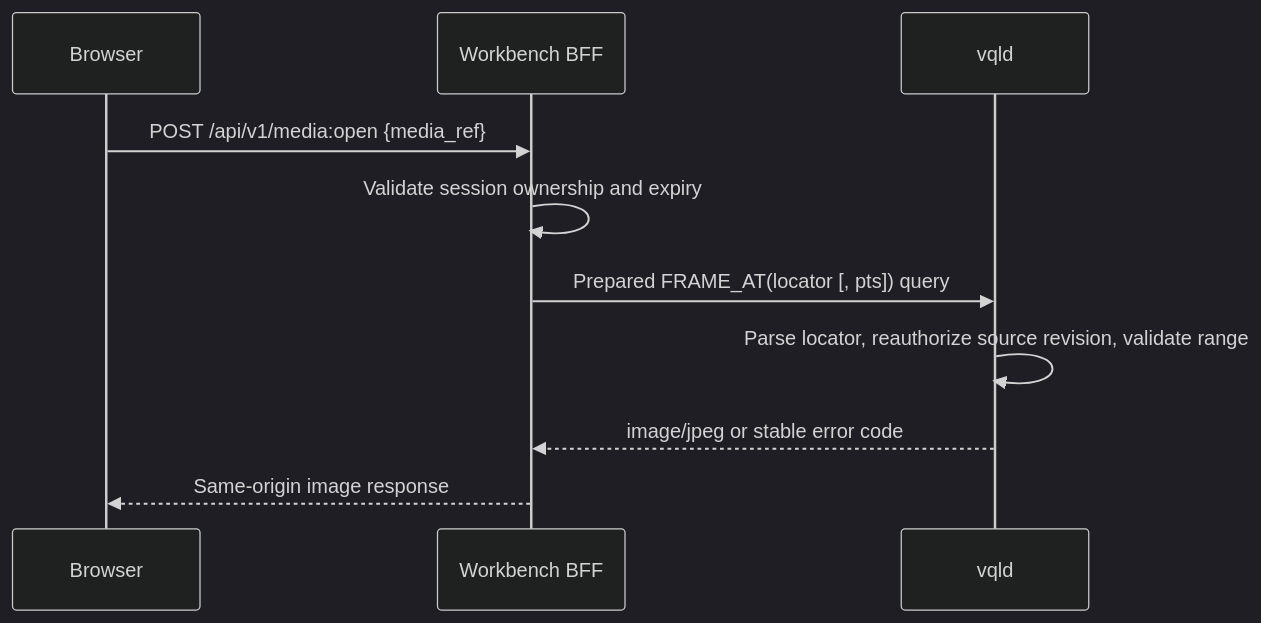
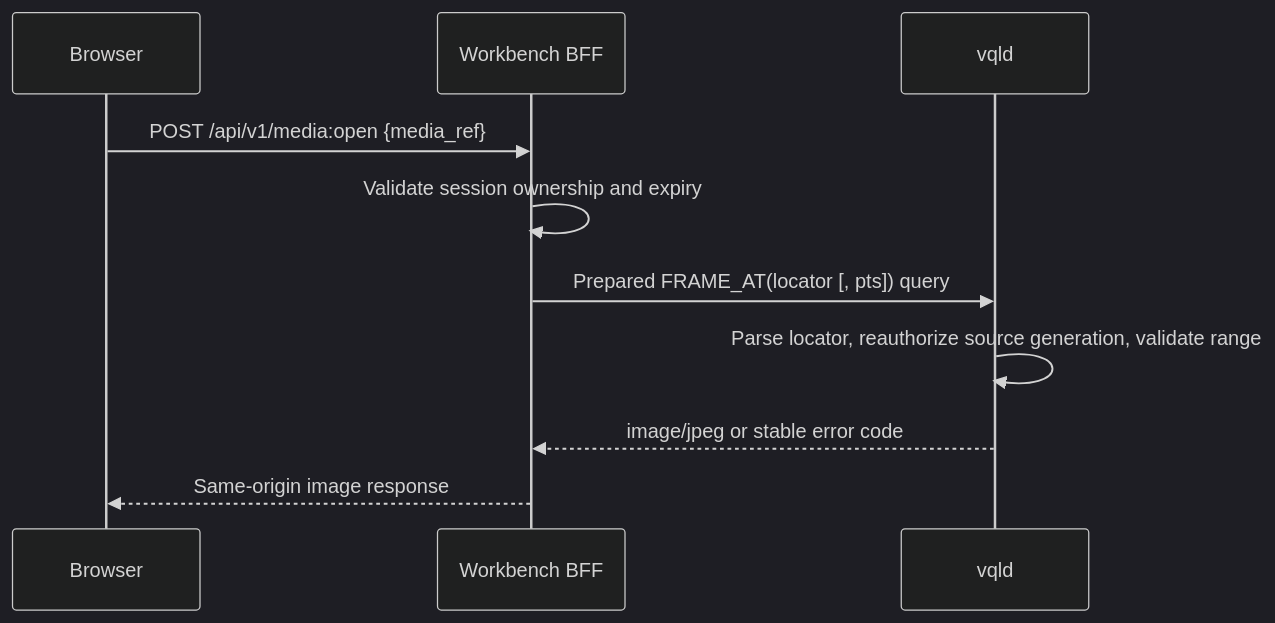
Before and after one commit to zhenlohuang/visionql: the second of 2 diagrams in docs/proposals/2026-08-05-workbench.md, drawn with Mermaid (dark theme). The commit also changed other lines of this file and 70 other files, not shown here.

````diff
--- a/docs/proposals/2026-08-05-workbench.md
+++ b/docs/proposals/2026-08-05-workbench.md
@@ -241,13 +241,13 @@
 ```mermaid
 sequenceDiagram
     participant U as Browser
     participant W as Workbench BFF
     participant V as vqld
 
     U->>W: POST /api/v1/media:open {media_ref}
     W->>W: Validate session ownership and expiry
     W->>V: Prepared FRAME_AT(locator [, pts]) query
-    V->>V: Parse locator, reauthorize source revision, validate range
+    V->>V: Parse locator, reauthorize source generation, validate range
     V-->>W: image/jpeg or stable error code
     W-->>U: Same-origin image response
 ```
````
